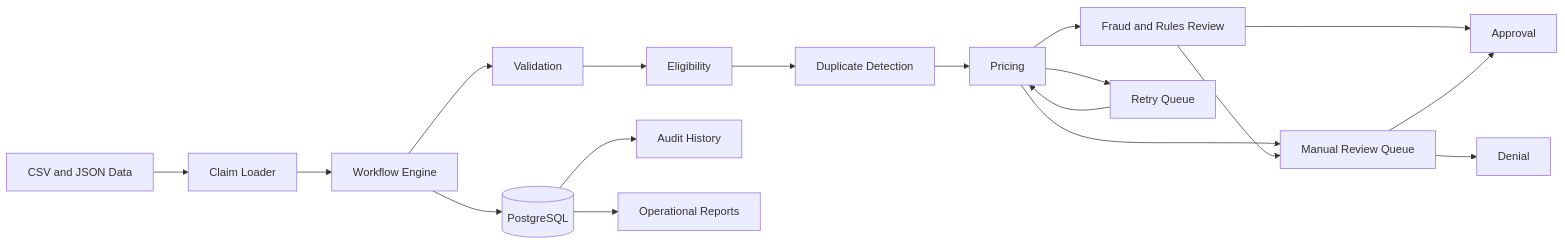
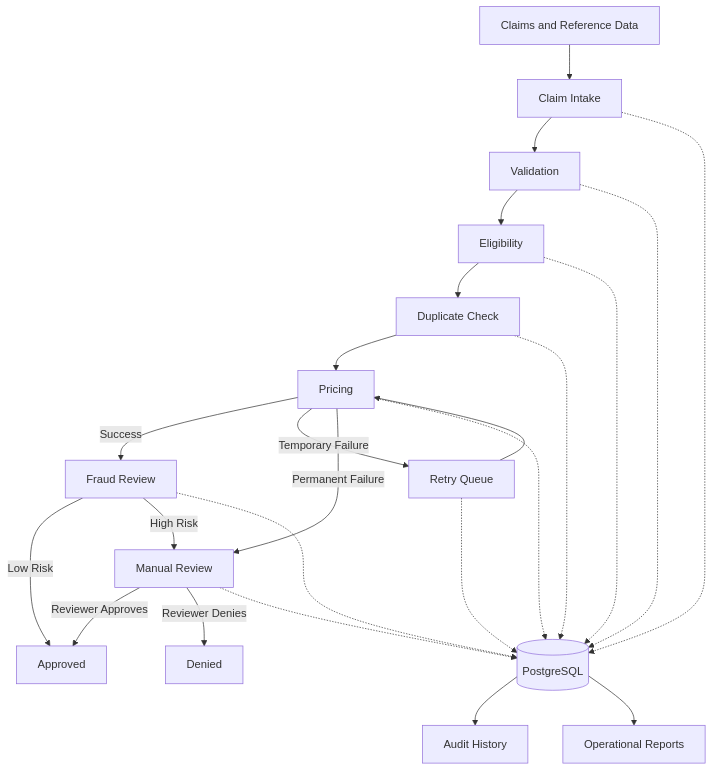
Before and after one commit to buildwithmanny/healthcare-claims-workflow: the diagram in README.md, drawn with Mermaid. The commit also changed other lines of this file and 8 other files, not shown here.

Commit message:
Finalize healthcare claims workflow project

````diff
--- a/README.md
+++ b/README.md
@@ -88,25 +90,31 @@
 ```mermaid
-flowchart LR
-    A[CSV and JSON Data] --> B[Claim Loader]
-    B --> C[Workflow Engine]
+flowchart TD
+    A[Claims and Reference Data] --> B[Claim Intake]
+    B --> C[Validation]
+    C --> D[Eligibility]
+    D --> E[Duplicate Check]
+    E --> F[Pricing]
 
-    C --> D[Validation]
-    D --> E[Eligibility]
-    E --> F[Duplicate Detection]
-    F --> G[Pricing]
-    G --> H[Fraud and Rules Review]
+    F -->|Success| G[Fraud Review]
+    F -->|Temporary Failure| H[Retry Queue]
+    H --> F
+    F -->|Permanent Failure| I[Manual Review]
 
-    G --> I[Retry Queue]
-    I --> G
+    G -->|Low Risk| J[Approved]
+    G -->|High Risk| I
 
-    G --> J[Manual Review Queue]
-    H --> J
+    I -->|Reviewer Approves| J
+    I -->|Reviewer Denies| K[Denied]
 
-    H --> K[Approval]
-    J --> K
-    J --> L[Denial]
+    B -.-> L[(PostgreSQL)]
+    C -.-> L
+    D -.-> L
+    E -.-> L
+    F -.-> L
+    G -.-> L
+    H -.-> L
+    I -.-> L
 
-    C --> M[(PostgreSQL)]
-    M --> N[Audit History]
-    M --> O[Operational Reports]
+    L --> M[Audit History]
+    L --> N[Operational Reports]
 ```
````
